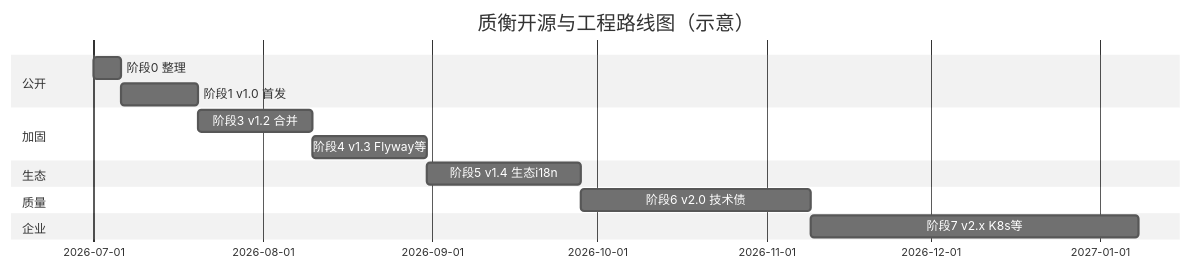
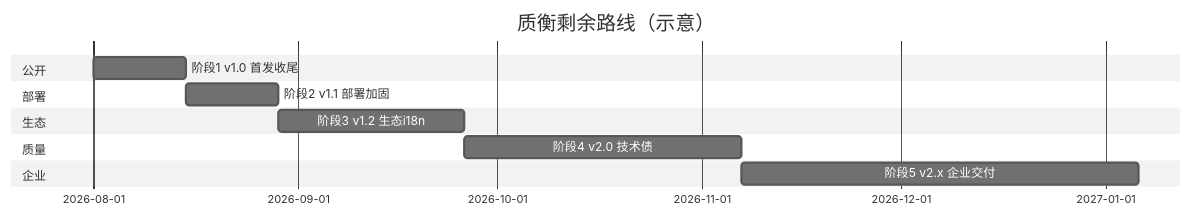
The diagram in docs/质衡开源与工程路线图.md (qualitest-hq/qualitest), drawn with Mermaid (neutral theme) before and after one commit. The commit also changed other lines of this file and 27 other files, not shown here.

First line of the commit message:
feat: 英文全文档、dev-deps 热更脚本与 Helm Chart 骨架

````diff
--- a/docs/质衡开源与工程路线图.md
+++ b/docs/质衡开源与工程路线图.md
@@ -66,17 +45,15 @@
 ```mermaid
 gantt
-    title 质衡开源与工程路线图（示意）
+    title 质衡剩余路线（示意）
     dateFormat YYYY-MM-DD
     section 公开
-    阶段0 整理           :a0, 2026-07-01, 5d
-    阶段1 v1.0 首发      :a1, after a0, 14d
-    section 加固
-    阶段3 v1.2 合并      :a3, after a1, 21d
-    阶段4 v1.3 Flyway等  :a4, after a3, 21d
+    阶段1 v1.0 首发收尾   :a1, 2026-08-01, 14d
+    section 部署
+    阶段2 v1.1 部署加固   :a2, after a1, 14d
     section 生态
-    阶段5 v1.4 生态i18n  :a5, after a4, 28d
+    阶段3 v1.2 生态i18n   :a3, after a2, 28d
     section 质量
-    阶段6 v2.0 技术债    :a6, after a5, 42d
+    阶段4 v2.0 技术债     :a4, after a3, 42d
     section 企业
-    阶段7 v2.x K8s等     :a7, after a6, 60d
+    阶段5 v2.x 企业交付   :a5, after a4, 60d
 ```
````
